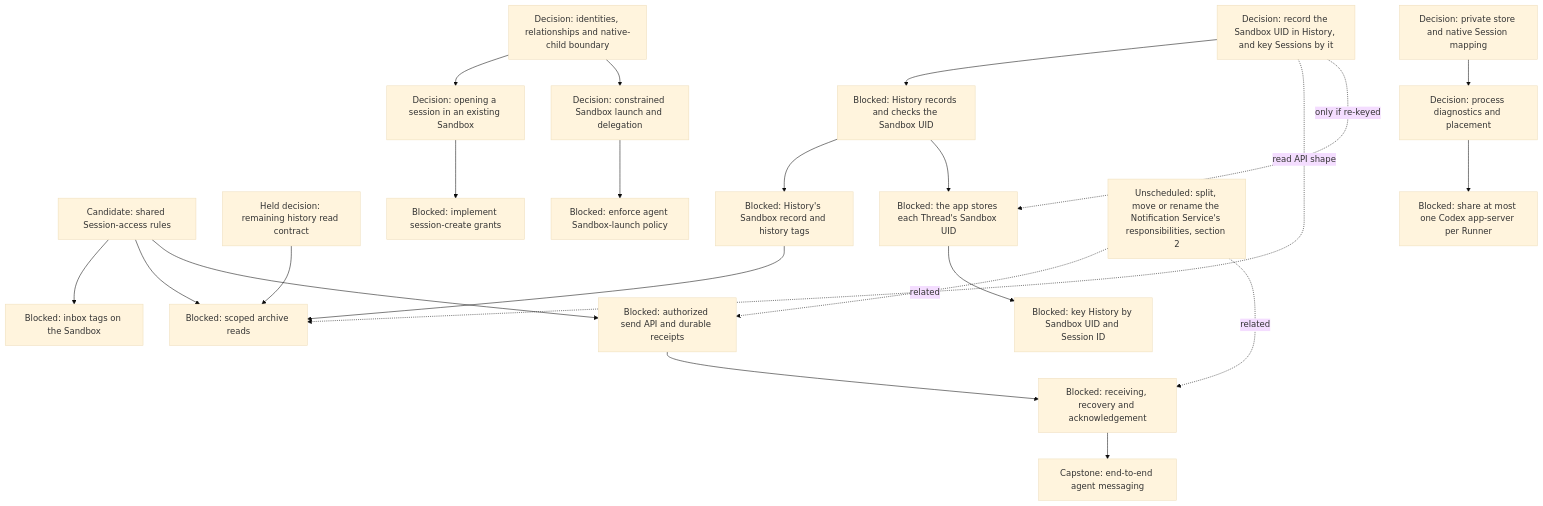
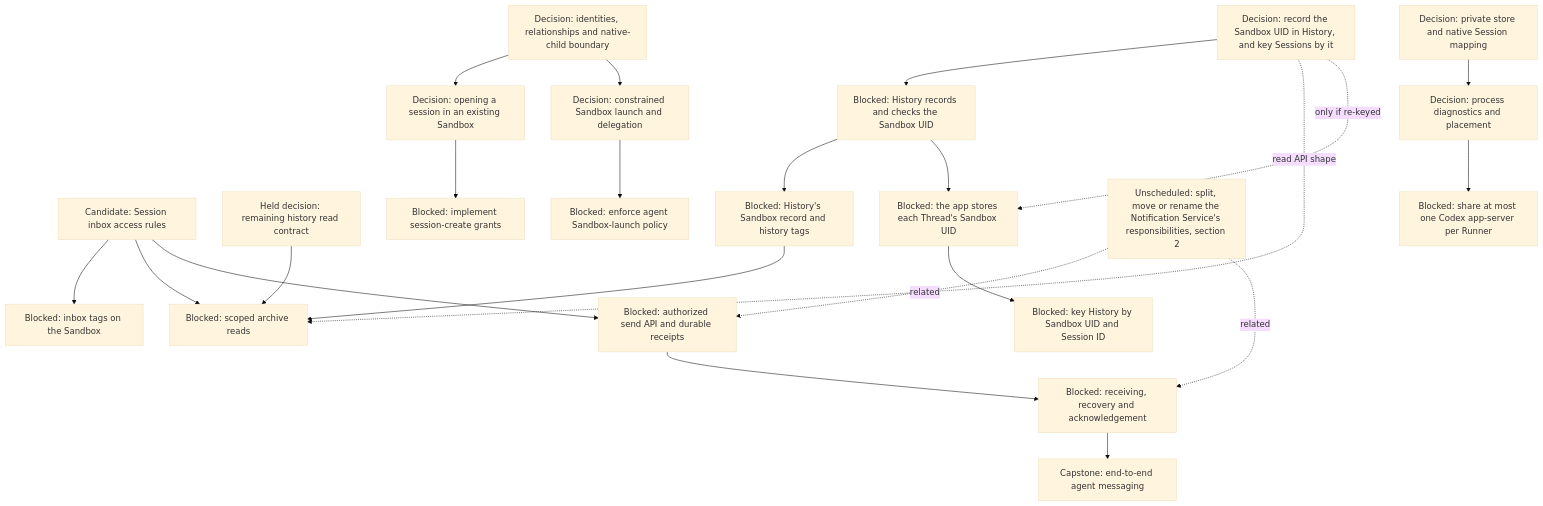
The fifth of 17 diagrams in agentplane/plans/task_dag.md (agentydragon/ducktape), drawn with Mermaid (base theme) before and after one commit. The commit also changed other lines of this file and 4 other files, not shown here.

First line of the commit message:
docs(agentplane): name the send rule session_inbox_access with send_message

````diff
--- a/agentplane/plans/task_dag.md
+++ b/agentplane/plans/task_dag.md
@@ -250,43 +250,43 @@
 ```mermaid
 flowchart TD
     MULTIAGENT_MODEL[Decision: identities, relationships and native-child boundary]
-    SESSION_ACCESS_RULES[Candidate: shared Session-access rules]
+    SESSION_INBOX_ACCESS_RULES[Candidate: Session inbox access rules]
     THREAD_READ_POLICY_DESIGN[Held decision: remaining history read contract]
     SANDBOX_INBOX_TAGS[Blocked: inbox tags on the Sandbox]
     HISTORY_SANDBOX_RECORD[Blocked: History's Sandbox record and history tags]
     THREAD_READ_POLICY[Blocked: scoped archive reads]
     HISTORY_SESSION_KEY_DESIGN[Decision: record the Sandbox UID in History, and key Sessions by it]
     HISTORY_SANDBOX_UID[Blocked: History records and checks the Sandbox UID]
     APP_THREAD_SANDBOX_UID[Blocked: the app stores each Thread's Sandbox UID]
     HISTORY_SESSION_REKEY[Blocked: key History by Sandbox UID and Session ID]
     AGENT_MESSAGE_INGRESS[Blocked: authorized send API and durable receipts]
     AGENT_MESSAGE_RECEPTION[Blocked: receiving, recovery and acknowledgement]
     AGENT_MESSAGING[Capstone: end-to-end agent messaging]
     THREAD_CREATE_POLICY[Decision: opening a session in an existing Sandbox]
     THREAD_CREATE_AUTHORIZATION[Blocked: implement session-create grants]
     AGENT_LAUNCH_POLICY_DESIGN[Decision: constrained Sandbox launch and delegation]
     AGENT_SANDBOX_LAUNCH[Blocked: enforce agent Sandbox-launch policy]
     MULTIAGENT_MODEL --> THREAD_CREATE_POLICY
     MULTIAGENT_MODEL --> AGENT_LAUNCH_POLICY_DESIGN
     THREAD_READ_POLICY_DESIGN --> THREAD_READ_POLICY
-    SESSION_ACCESS_RULES --> SANDBOX_INBOX_TAGS
-    SESSION_ACCESS_RULES --> THREAD_READ_POLICY
+    SESSION_INBOX_ACCESS_RULES --> SANDBOX_INBOX_TAGS
+    SESSION_INBOX_ACCESS_RULES --> THREAD_READ_POLICY
     HISTORY_SESSION_KEY_DESIGN --> HISTORY_SANDBOX_UID
     HISTORY_SESSION_KEY_DESIGN -. read API shape .-> THREAD_READ_POLICY
     HISTORY_SESSION_KEY_DESIGN -. only if re-keyed .-> APP_THREAD_SANDBOX_UID
     HISTORY_SANDBOX_UID --> HISTORY_SANDBOX_RECORD
     HISTORY_SANDBOX_RECORD --> THREAD_READ_POLICY
     HISTORY_SANDBOX_UID --> APP_THREAD_SANDBOX_UID
     APP_THREAD_SANDBOX_UID --> HISTORY_SESSION_REKEY
-    SESSION_ACCESS_RULES --> AGENT_MESSAGE_INGRESS
+    SESSION_INBOX_ACCESS_RULES --> AGENT_MESSAGE_INGRESS
     AGENT_MESSAGE_INGRESS --> AGENT_MESSAGE_RECEPTION
     NOTIFICATION_SERVICE_SPLIT[Unscheduled: split, move or rename the Notification Service's responsibilities, section 2] -. related .-> AGENT_MESSAGE_INGRESS
     NOTIFICATION_SERVICE_SPLIT -. related .-> AGENT_MESSAGE_RECEPTION
     AGENT_MESSAGE_RECEPTION --> AGENT_MESSAGING
     THREAD_CREATE_POLICY --> THREAD_CREATE_AUTHORIZATION
     AGENT_LAUNCH_POLICY_DESIGN --> AGENT_SANDBOX_LAUNCH
     RUNNER_HARNESS_OBJECTS_DESIGN[Decision: process diagnostics and placement]
     HARNESS_IDENTITY_DESIGN[Decision: private store and native Session mapping]
     HARNESS_IDENTITY_DESIGN --> RUNNER_HARNESS_OBJECTS_DESIGN
     RUNNER_HARNESS_OBJECTS_DESIGN --> RUNNER_CODEX_SHARED_PROCESS[Blocked: share at most one Codex app-server per Runner]
 ```
````
